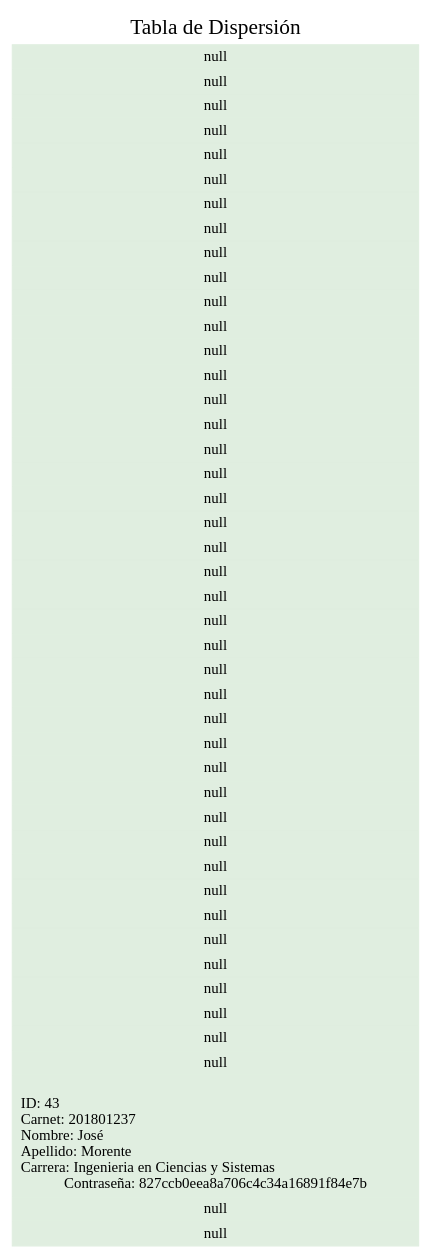
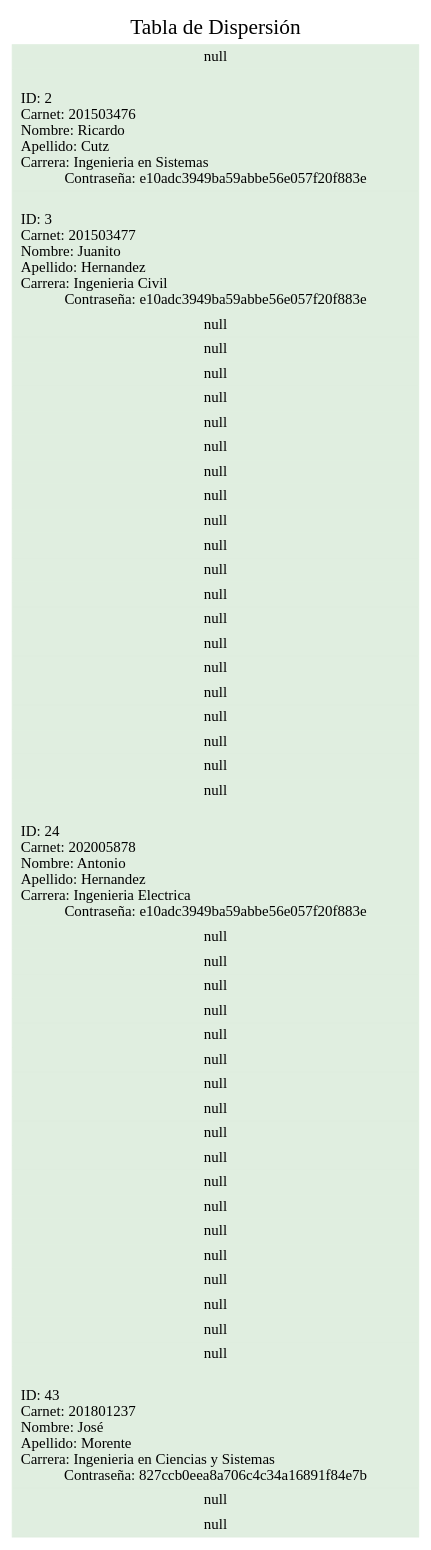
Before and after one commit to JoseMorente98/EDD-Proyecto-2: the diagram in Proyecto No 2/TablaDeDispersion.dot, drawn with Graphviz. The commit also changed 30 other files, not shown here.

```diff
--- a/Proyecto No 2/TablaDeDispersion.dot
+++ b/Proyecto No 2/TablaDeDispersion.dot
@@ -1,9 +1,9 @@
 digraph TablaHash {
 	rankdir = LR; 
 	node[shape = record, fontcolor = black, style = filled, color = honeydew2];
 	graph[label = "Tabla de Dispersión", labelloc = t, fontsize = 20];
 	nodesep=0; 
 	splines=false; 
-	nodoHash [label="<f0> null |<f1> null |<f2> null |<f3> null |<f4> null |<f5> null |<f6> null |<f7> null |<f8> null |<f9> null |<f10> null |<f11> null |<f12> null |<f13> null |<f14> null |<f15> null |<f16> null |<f17> null |<f18> null |<f19> null |<f20> null |<f21> null |<f22> null |<f23> null |<f24> null |<f25> null |<f26> null |<f27> null |<f28> null |<f29> null |<f30> null |<f31> null |<f32> null |<f33> null |<f34> null |<f35> null |<f36> null |<f37> null |<f38> null |<f39> null |<f40> null |<f41> null |<f42>\lID: 43\lCarnet: 201801237\lNombre: José\lApellido: Morente\lCarrera: Ingenieria en Ciencias y Sistemas\lContraseña: 827ccb0eea8a706c4c34a16891f84e7b|<f43> null |<f44> null"];
+	nodoHash [label="<f0> null |<f1>\lID: 2\lCarnet: 201503476\lNombre: Ricardo\lApellido: Cutz\lCarrera: Ingenieria en Sistemas\lContraseña: e10adc3949ba59abbe56e057f20f883e|<f2>\lID: 3\lCarnet: 201503477\lNombre: Juanito\lApellido: Hernandez\lCarrera: Ingenieria Civil\lContraseña: e10adc3949ba59abbe56e057f20f883e|<f3> null |<f4> null |<f5> null |<f6> null |<f7> null |<f8> null |<f9> null |<f10> null |<f11> null |<f12> null |<f13> null |<f14> null |<f15> null |<f16> null |<f17> null |<f18> null |<f19> null |<f20> null |<f21> null |<f22> null |<f23>\lID: 24\lCarnet: 202005878\lNombre: Antonio\lApellido: Hernandez\lCarrera: Ingenieria Electrica\lContraseña: e10adc3949ba59abbe56e057f20f883e|<f24> null |<f25> null |<f26> null |<f27> null |<f28> null |<f29> null |<f30> null |<f31> null |<f32> null |<f33> null |<f34> null |<f35> null |<f36> null |<f37> null |<f38> null |<f39> null |<f40> null |<f41> null |<f42>\lID: 43\lCarnet: 201801237\lNombre: José\lApellido: Morente\lCarrera: Ingenieria en Ciencias y Sistemas\lContraseña: 827ccb0eea8a706c4c34a16891f84e7b|<f43> null |<f44> null"];
 
 }
```
